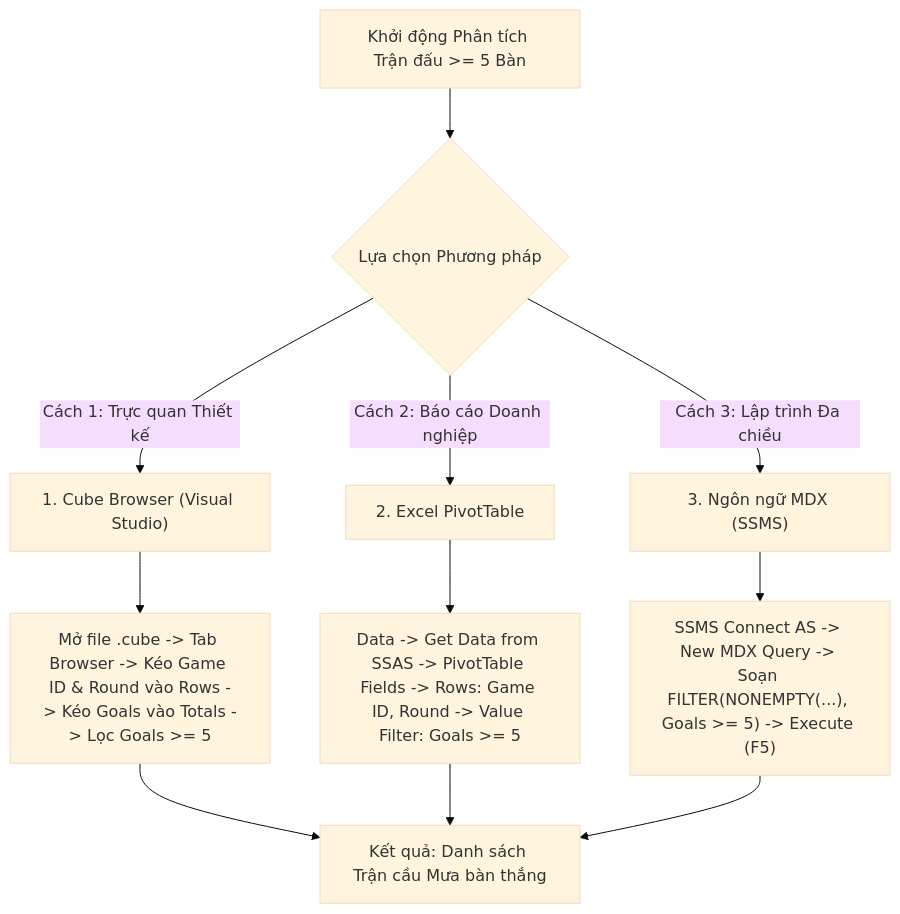
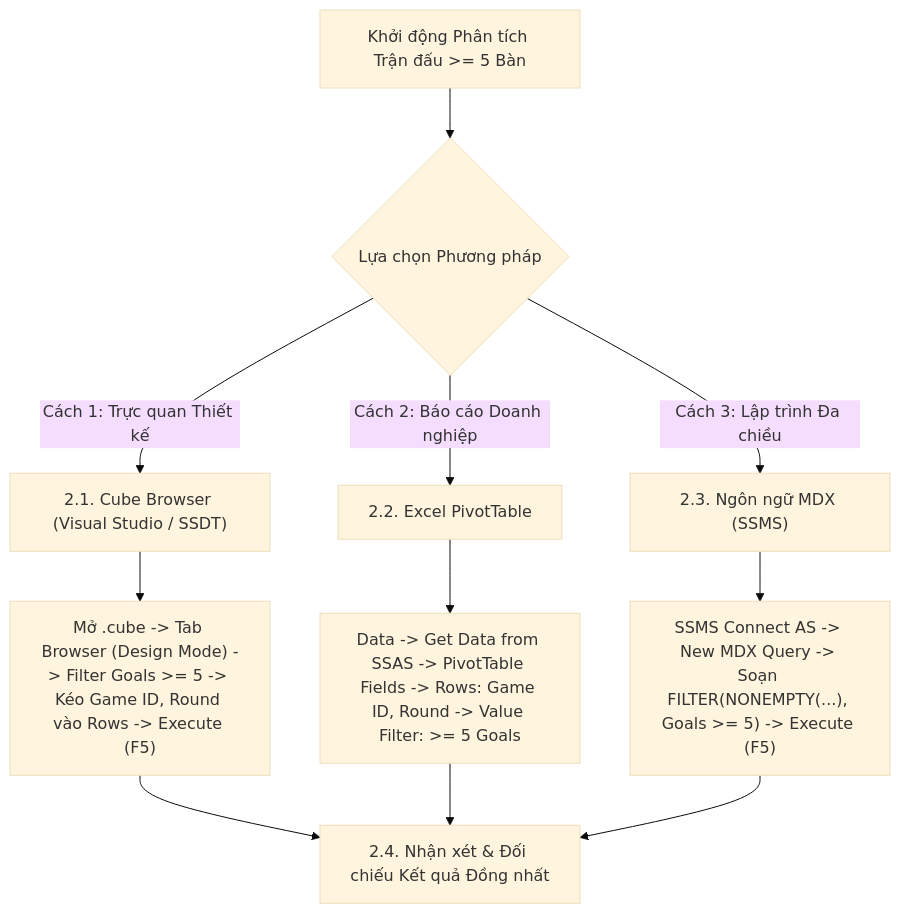
The diagram in mdx/query_14.md (snowflake-vibing/Kho_du_lieu_OLAP), drawn with Mermaid (base theme) before and after one commit. The commit also changed other lines of this file and 9 other files, not shown here.

````diff
--- a/mdx/query_14.md
+++ b/mdx/query_14.md
@@ -38,16 +36,16 @@
 ```mermaid
 flowchart TD
     Start["Khởi động Phân tích Trận đấu >= 5 Bàn"] --> Choice{"Lựa chọn Phương pháp"}
 
-    Choice -->|"Cách 1: Trực quan Thiết kế"| CB["1. Cube Browser (Visual Studio)"]
-    Choice -->|"Cách 2: Báo cáo Doanh nghiệp"| Excel["2. Excel PivotTable"]
-    Choice -->|"Cách 3: Lập trình Đa chiều"| MDX["3. Ngôn ngữ MDX (SSMS)"]
+    Choice -->|"Cách 1: Trực quan Thiết kế"| CB["2.1. Cube Browser (Visual Studio / SSDT)"]
+    Choice -->|"Cách 2: Báo cáo Doanh nghiệp"| Excel["2.2. Excel PivotTable"]
+    Choice -->|"Cách 3: Lập trình Đa chiều"| MDX["2.3. Ngôn ngữ MDX (SSMS)"]
 
-    CB --> CB_Step["Mở file .cube -> Tab Browser -> Kéo Game ID & Round vào Rows -> Kéo Goals vào Totals -> Lọc Goals >= 5"]
-    Excel --> Excel_Step["Data -> Get Data from SSAS -> PivotTable Fields -> Rows: Game ID, Round -> Value Filter: Goals >= 5"]
+    CB --> CB_Step["Mở .cube -> Tab Browser (Design Mode) -> Filter Goals >= 5 -> Kéo Game ID, Round vào Rows -> Execute (F5)"]
+    Excel --> Excel_Step["Data -> Get Data from SSAS -> PivotTable Fields -> Rows: Game ID, Round -> Value Filter: >= 5 Goals"]
     MDX --> MDX_Step["SSMS Connect AS -> New MDX Query -> Soạn FILTER(NONEMPTY(...), Goals >= 5) -> Execute (F5)"]
 
-    CB_Step --> Finish["Kết quả: Danh sách Trận cầu Mưa bàn thắng"]
+    CB_Step --> Finish["2.4. Nhận xét & Đối chiếu Kết quả Đồng nhất"]
     Excel_Step --> Finish
     MDX_Step --> Finish
 ```
````
